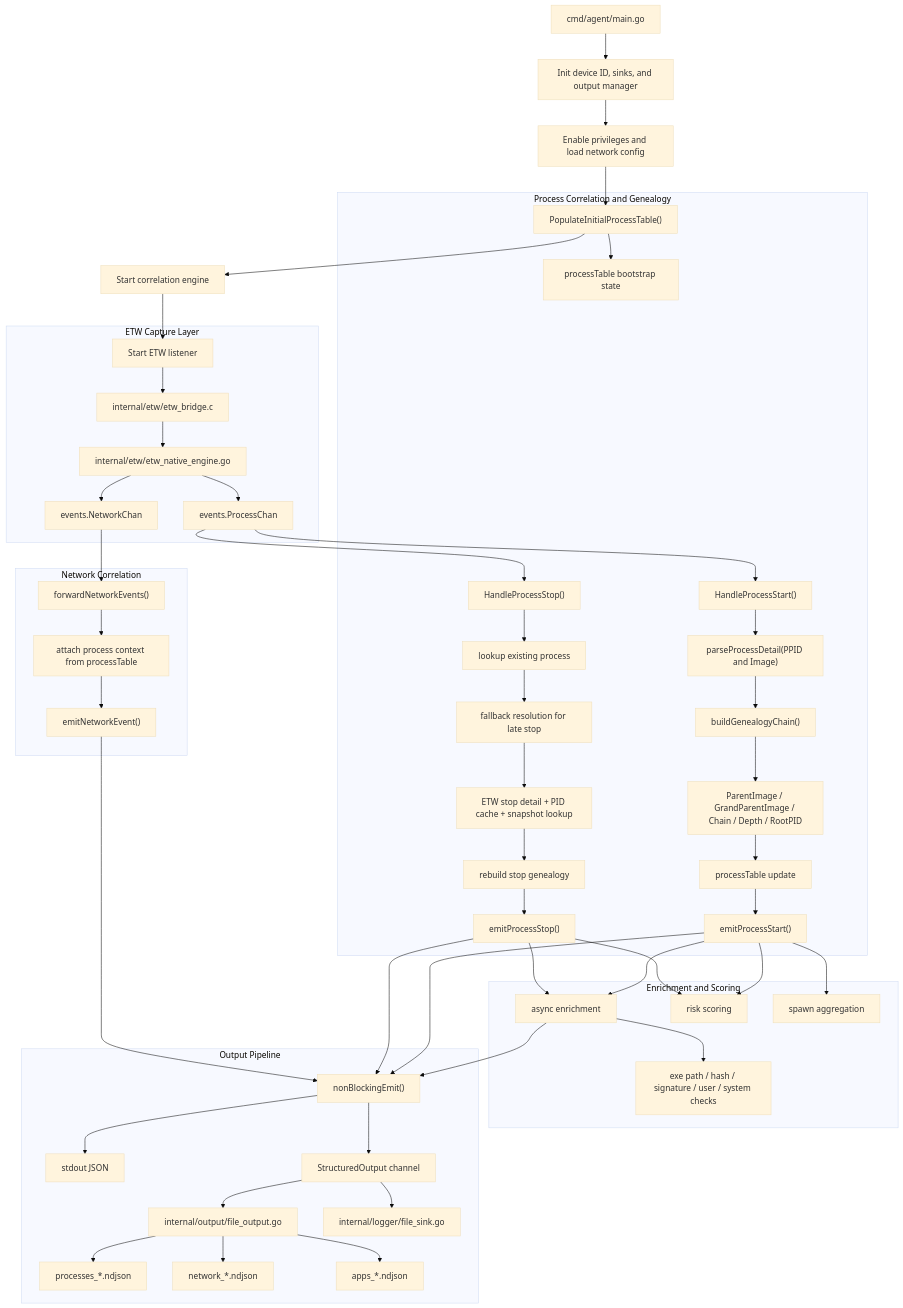
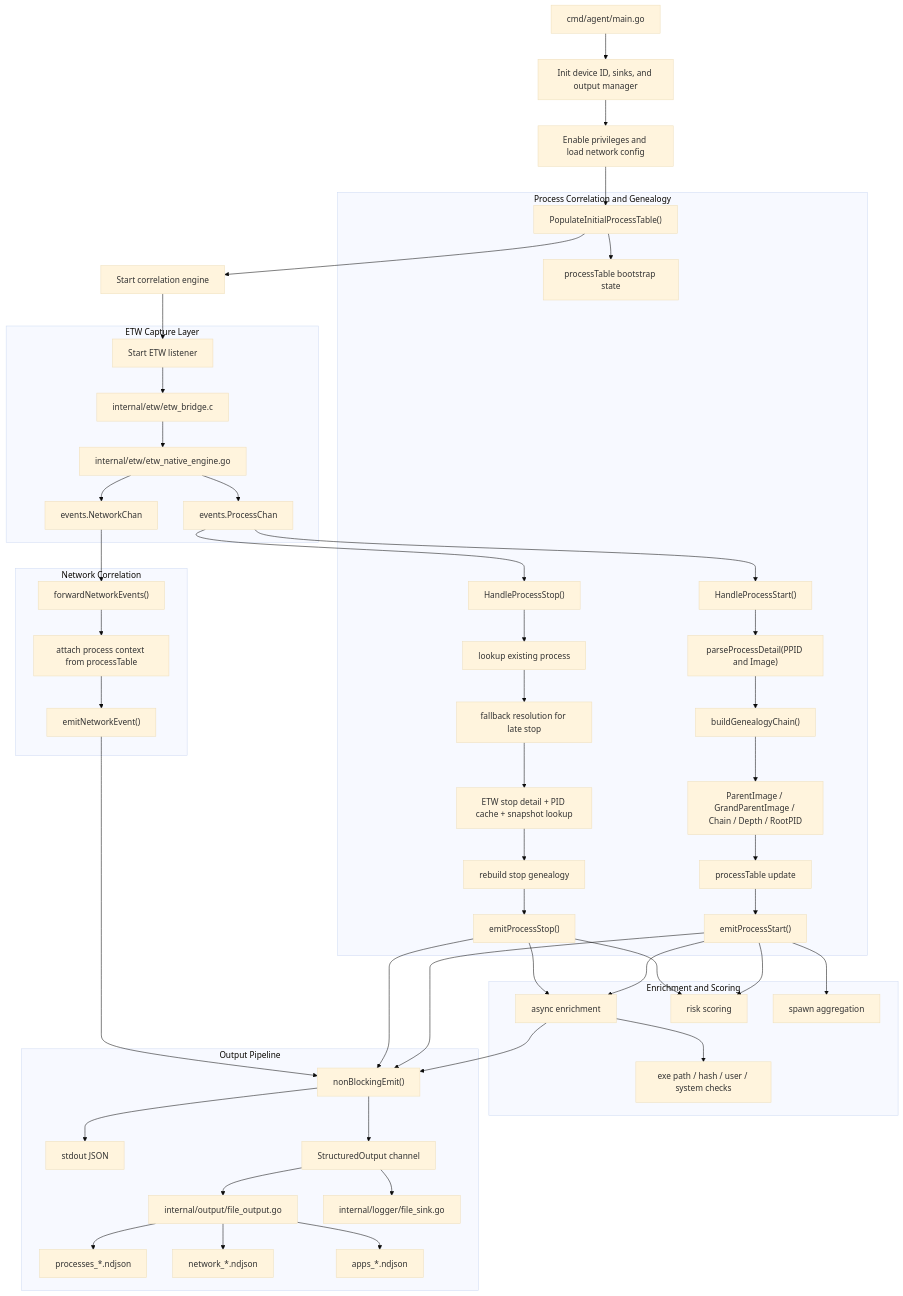
The diagram in architecture.mmd (sanjayverma139/Exionis-swg), drawn with Mermaid (base theme) before and after one commit. The commit also changed 22 other files, not shown here.

```diff
--- a/architecture.mmd
+++ b/architecture.mmd
@@ -1,62 +1,62 @@
 flowchart TD
     A["cmd/agent/main.go"] --> B["Init device ID, sinks, and output manager"]
     B --> C["Enable privileges and load network config"]
     C --> D["PopulateInitialProcessTable()"]
     D --> E["Start correlation engine"]
     E --> F["Start ETW listener"]
 
     subgraph ETW["ETW Capture Layer"]
         F --> G["internal/etw/etw_bridge.c"]
         G --> H["internal/etw/etw_native_engine.go"]
         H --> I["events.ProcessChan"]
         H --> J["events.NetworkChan"]
     end
 
     subgraph PROC["Process Correlation and Genealogy"]
         D --> K["processTable bootstrap state"]
         I --> L["HandleProcessStart()"]
         I --> M["HandleProcessStop()"]
 
         L --> N["parseProcessDetail(PPID and Image)"]
         N --> O["buildGenealogyChain()"]
         O --> P["ParentImage / GrandParentImage / Chain / Depth / RootPID"]
         P --> Q["processTable update"]
         Q --> R["emitProcessStart()"]
 
         M --> S["lookup existing process"]
         S --> T["fallback resolution for late stop"]
         T --> U["ETW stop detail + PID cache + snapshot lookup"]
         U --> V["rebuild stop genealogy"]
         V --> W["emitProcessStop()"]
     end
 
     subgraph NET["Network Correlation"]
         J --> X["forwardNetworkEvents()"]
         X --> Y["attach process context from processTable"]
         Y --> Z["emitNetworkEvent()"]
     end
 
     subgraph ENRICH["Enrichment and Scoring"]
         R --> AA["async enrichment"]
         W --> AA
-        AA --> AB["exe path / hash / signature / user / system checks"]
+        AA --> AB["exe path / hash / user / system checks"]
         R --> AC["risk scoring"]
         W --> AC
         R --> AD["spawn aggregation"]
     end
 
     subgraph OUT["Output Pipeline"]
         R --> AE["nonBlockingEmit()"]
         W --> AE
         Z --> AE
         AA --> AE
 
         AE --> AF["stdout JSON"]
         AE --> AG["StructuredOutput channel"]
         AG --> AH["internal/output/file_output.go"]
         AG --> AI["internal/logger/file_sink.go"]
 
         AH --> AJ["processes_*.ndjson"]
         AH --> AK["network_*.ndjson"]
         AH --> AL["apps_*.ndjson"]
     end
```
